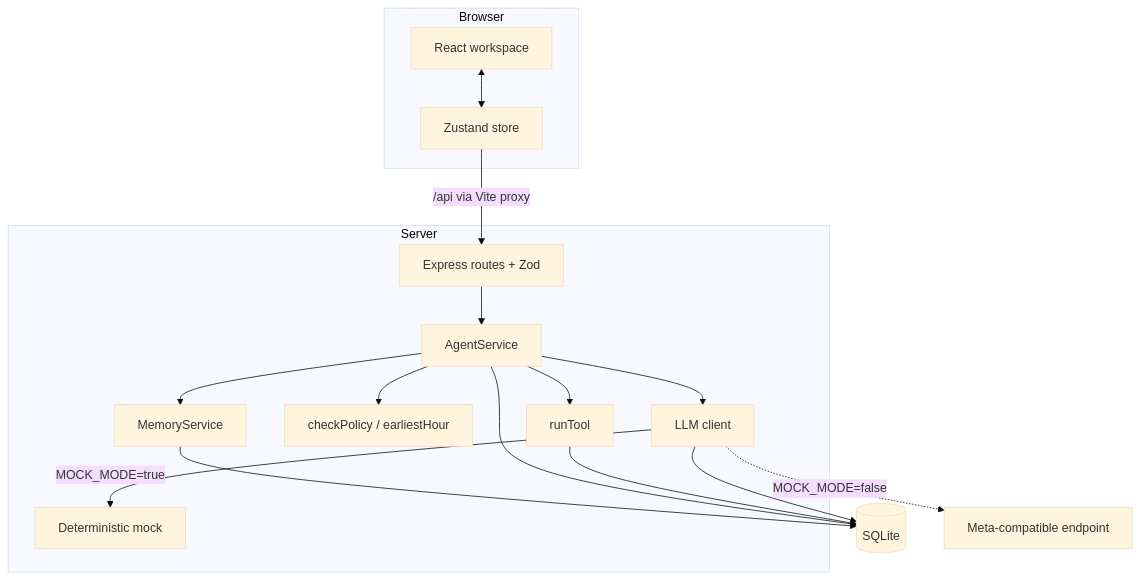
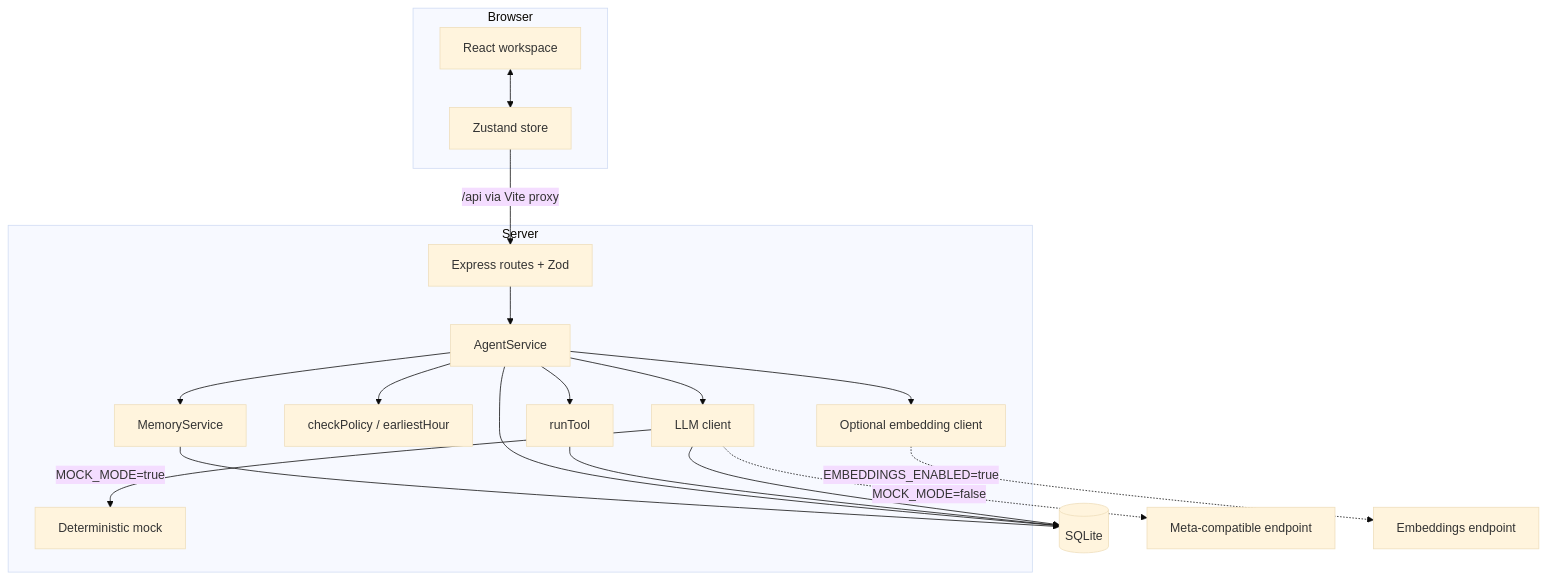
Before and after one commit to bharanidharanv26/LifeOS: the diagram in docs/ARCHITECTURE.md, drawn with Mermaid (base theme). The commit also changed other lines of this file and 15 other files, not shown here.

````diff
--- a/docs/ARCHITECTURE.md
+++ b/docs/ARCHITECTURE.md
@@ -7,30 +7,33 @@
 ```mermaid
 flowchart TB
   subgraph Browser
     UI[React workspace]
     Store[Zustand store]
     UI <--> Store
   end
   subgraph Server
     API[Express routes + Zod]
     Agent[AgentService]
     Memory[MemoryService]
     Policy[checkPolicy / earliestHour]
     Tools[runTool]
     LLM[LLM client]
     Mock[Deterministic mock]
+    Embed[Optional embedding client]
   end
   DB[(SQLite)]
   Store -->|/api via Vite proxy| API
   API --> Agent
   Agent --> Memory
   Agent --> Policy
   Agent --> Tools
   Agent --> LLM
   LLM -->|MOCK_MODE=true| Mock
   LLM -.->|MOCK_MODE=false| Model[Meta-compatible endpoint]
+  Agent --> Embed
+  Embed -.->|EMBEDDINGS_ENABLED=true| EmbedAPI[Embeddings endpoint]
   Memory --> DB
   Agent --> DB
   Tools --> DB
   LLM --> DB
 ```
````
